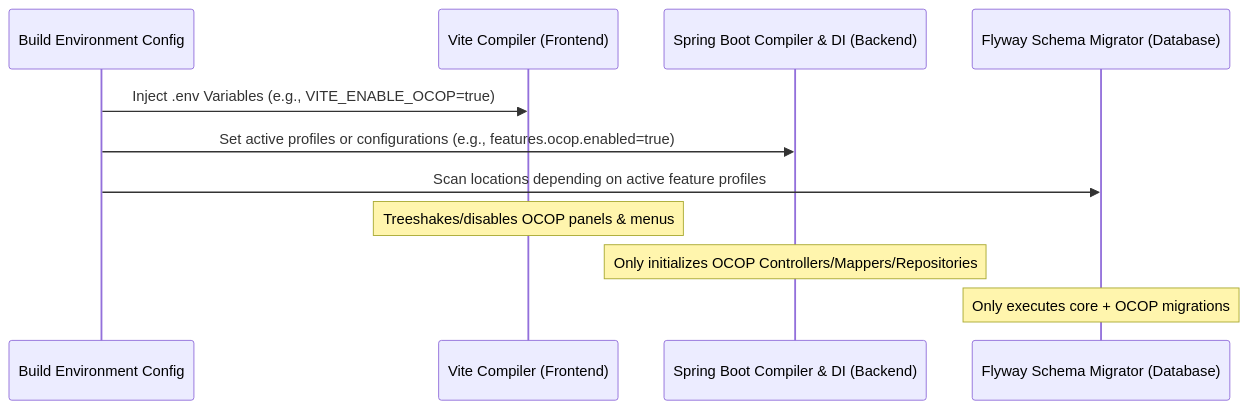
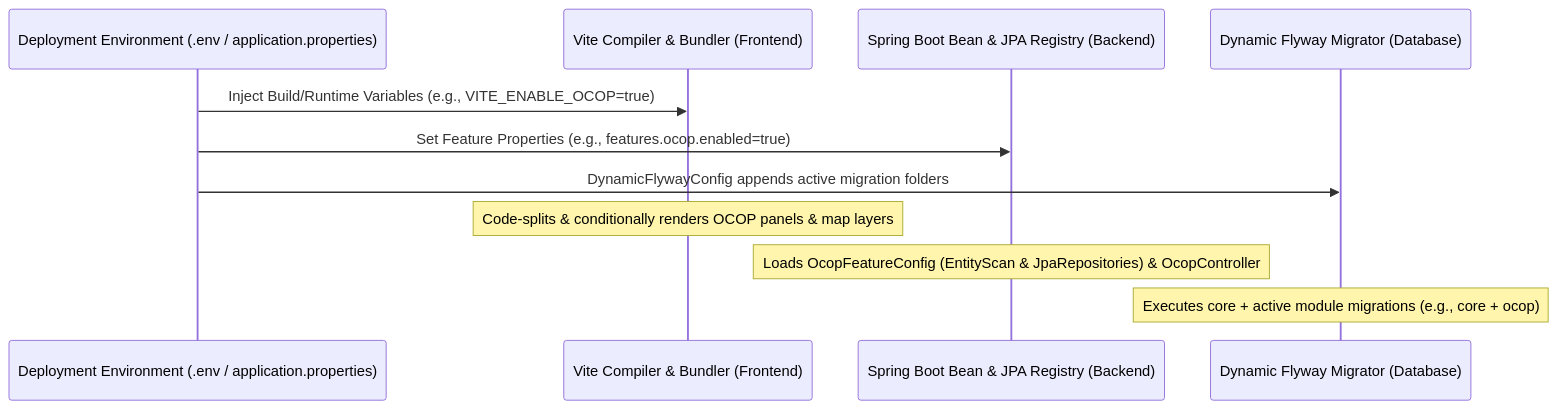
The second of 3 diagrams in docs/en/ARCHITECTURE SPECIFICATION.md (GMIOS25/WEB-GIS-TEMPLATE), drawn with Mermaid before and after one commit. The commit also changed other lines of this file and 10 other files, not shown here.

First line of the commit message:
feat(backend): implement modular feature architecture with deployment-time toggling

````diff
--- a/docs/en/ARCHITECTURE SPECIFICATION.md
+++ b/docs/en/ARCHITECTURE SPECIFICATION.md
@@ -53,15 +56,15 @@
 ```mermaid
 sequenceDiagram
-    participant Config as Build Environment Config
-    participant FE as Vite Compiler (Frontend)
-    participant BE as Spring Boot Compiler & DI (Backend)
-    participant DB as Flyway Schema Migrator (Database)
+    participant Config as Deployment Environment (.env / application.properties)
+    participant FE as Vite Compiler & Bundler (Frontend)
+    participant BE as Spring Boot Bean & JPA Registry (Backend)
+    participant DB as Dynamic Flyway Migrator (Database)
 
-    Config->>FE: Inject .env Variables (e.g., VITE_ENABLE_OCOP=true)
-    Config->>BE: Set active profiles or configurations (e.g., features.ocop.enabled=true)
-    Config->>DB: Scan locations depending on active feature profiles
+    Config->>FE: Inject Build/Runtime Variables (e.g., VITE_ENABLE_OCOP=true)
+    Config->>BE: Set Feature Properties (e.g., features.ocop.enabled=true)
+    Config->>DB: DynamicFlywayConfig appends active migration folders
 
-    Note over FE: Treeshakes/disables OCOP panels & menus
-    Note over BE: Only initializes OCOP Controllers/Mappers/Repositories
-    Note over DB: Only executes core + OCOP migrations
+    Note over FE: Code-splits & conditionally renders OCOP panels & map layers
+    Note over BE: Loads OcopFeatureConfig (EntityScan & JpaRepositories) & OcopController
+    Note over DB: Executes core + active module migrations (e.g., core + ocop)
 ```
````
